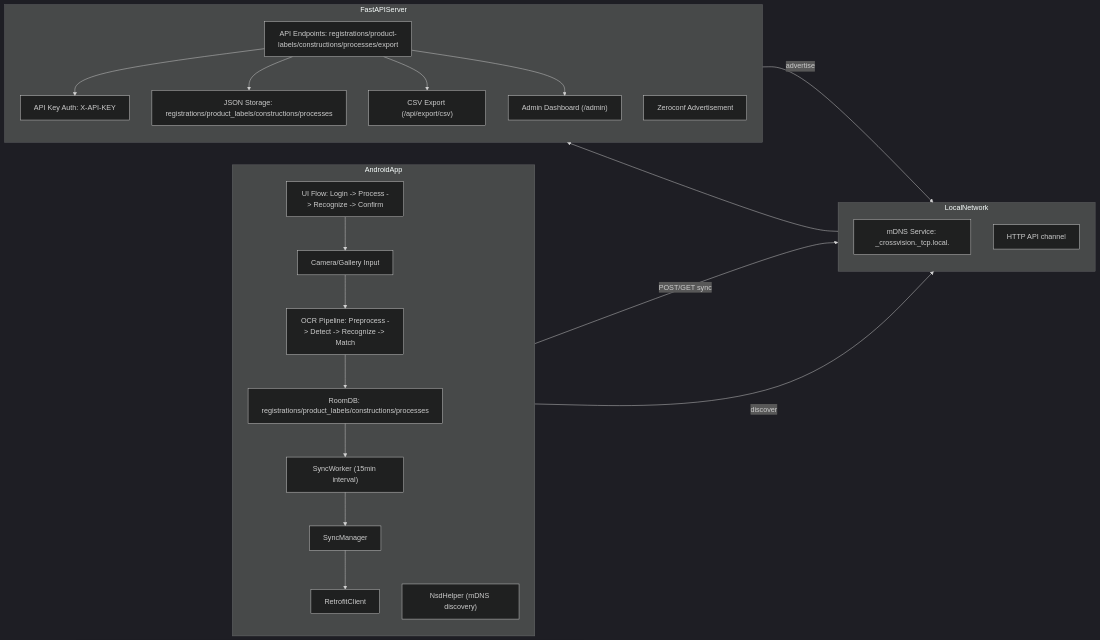
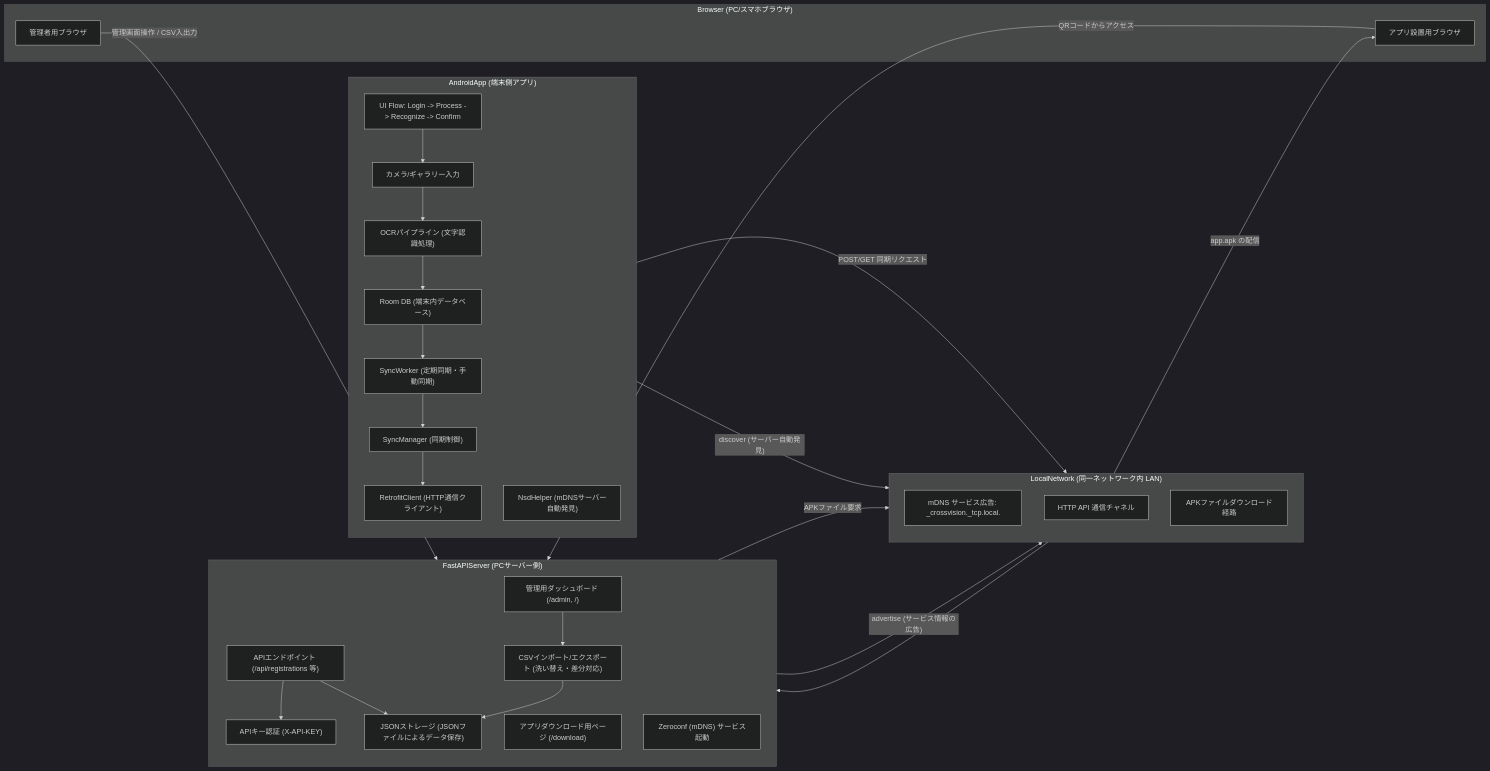
The diagram in README.md (iput04-isono/Solution), drawn with Mermaid (dark theme) before and after one commit.

Commit message:
docs: Update system architecture diagram in README.md

````diff
--- a/README.md
+++ b/README.md
@@ -188,47 +188,60 @@
 ```mermaid
 flowchart LR
-    subgraph androidSide[AndroidApp]
+    subgraph androidSide["AndroidApp (端末側アプリ)"]
         direction TB
         UiFlow["UI Flow: Login -> Process -> Recognize -> Confirm"]
-        CameraInput["Camera/Gallery Input"]
-        OcrPipeline["OCR Pipeline: Preprocess -> Detect -> Recognize -> Match"]
-        LocalDb["RoomDB: registrations/product_labels/constructions/processes"]
-        SyncWorker["SyncWorker (15min interval)"]
-        SyncManager["SyncManager"]
-        ApiClient["RetrofitClient"]
-        NsdHelper["NsdHelper (mDNS discovery)"]
+        CameraInput["カメラ/ギャラリー入力"]
+        OcrPipeline["OCRパイプライン (文字認識処理)"]
+        LocalDb["Room DB (端末内データベース)"]
+        SyncWorker["SyncWorker (定期同期・手動同期)"]
+        SyncManager["SyncManager (同期制御)"]
+        ApiClient["RetrofitClient (HTTP通信クライアント)"]
+        NsdHelper["NsdHelper (mDNSサーバー自動発見)"]
     end
 
-    subgraph networkLayer[LocalNetwork]
+    subgraph networkLayer["LocalNetwork (同一ネットワーク内 LAN)"]
         direction TB
-        MdnsService["mDNS Service: _crossvision._tcp.local."]
-        HttpApi["HTTP API channel"]
+        MdnsService["mDNS サービス広告: _crossvision._tcp.local."]
+        HttpApi["HTTP API 通信チャネル"]
+        ApkDownloadChannel["APKファイルダウンロード経路"]
     end
 
-    subgraph serverSide[FastAPIServer]
+    subgraph serverSide["FastAPIServer (PCサーバー側)"]
         direction TB
-        ApiEndpoints["API Endpoints: registrations/product-labels/constructions/processes/export"]
-        ApiKeyAuth["API Key Auth: X-API-KEY"]
-        JsonStorage["JSON Storage: registrations/product_labels/constructions/processes"]
-        AdminDashboard["Admin Dashboard (/admin)"]
-        CsvExport["CSV Export (/api/export/csv)"]
-        ZeroconfAdvertise["Zeroconf Advertisement"]
+        ApiEndpoints["APIエンドポイント (/api/registrations 等)"]
+        ApiKeyAuth["APIキー認証 (X-API-KEY)"]
+        JsonStorage["JSONストレージ (JSONファイルによるデータ保存)"]
+        AdminDashboard["管理用ダッシュボード (/admin, /)"]
+        CsvImportExport["CSVインポート/エクスポート (洗い替え・差分対応)"]
+        AppDelivery["アプリダウンロード用ページ (/download)"]
+        ZeroconfAdvertise["Zeroconf (mDNS) サービス起動"]
+    end
+
+    subgraph browserSide["Browser (PC/スマホブラウザ)"]
+        AdminBrowser["管理者用ブラウザ"]
+        DownloadBrowser["アプリ設置用ブラウザ"]
     end
 
     CameraInput --> OcrPipeline
     UiFlow --> CameraInput
     OcrPipeline --> LocalDb
     LocalDb --> SyncWorker
     SyncWorker --> SyncManager
     SyncManager --> ApiClient
 
-    ApiClient -->|"POST/GET sync"| HttpApi
+    ApiClient -->|"POST/GET 同期リクエスト"| HttpApi
     HttpApi --> ApiEndpoints
     ApiEndpoints --> ApiKeyAuth
     ApiEndpoints --> JsonStorage
-    ApiEndpoints --> CsvExport
-    ApiEndpoints --> AdminDashboard
 
-    NsdHelper -->|"discover"| MdnsService
-    ZeroconfAdvertise -->|"advertise"| MdnsService
+    AdminBrowser -->|"管理画面操作 / CSV入出力"| AdminDashboard
+    AdminDashboard --> CsvImportExport
+    CsvImportExport --> JsonStorage
+
+    DownloadBrowser -->|"QRコードからアクセス"| AppDelivery
+    AppDelivery -->|"APKファイル要求"| ApkDownloadChannel
+    ApkDownloadChannel -->|"app.apk の配信"| DownloadBrowser
+
+    NsdHelper -->|"discover (サーバー自動発見)"| MdnsService
+    ZeroconfAdvertise -->|"advertise (サービス情報の広告)"| MdnsService
 ```
````
